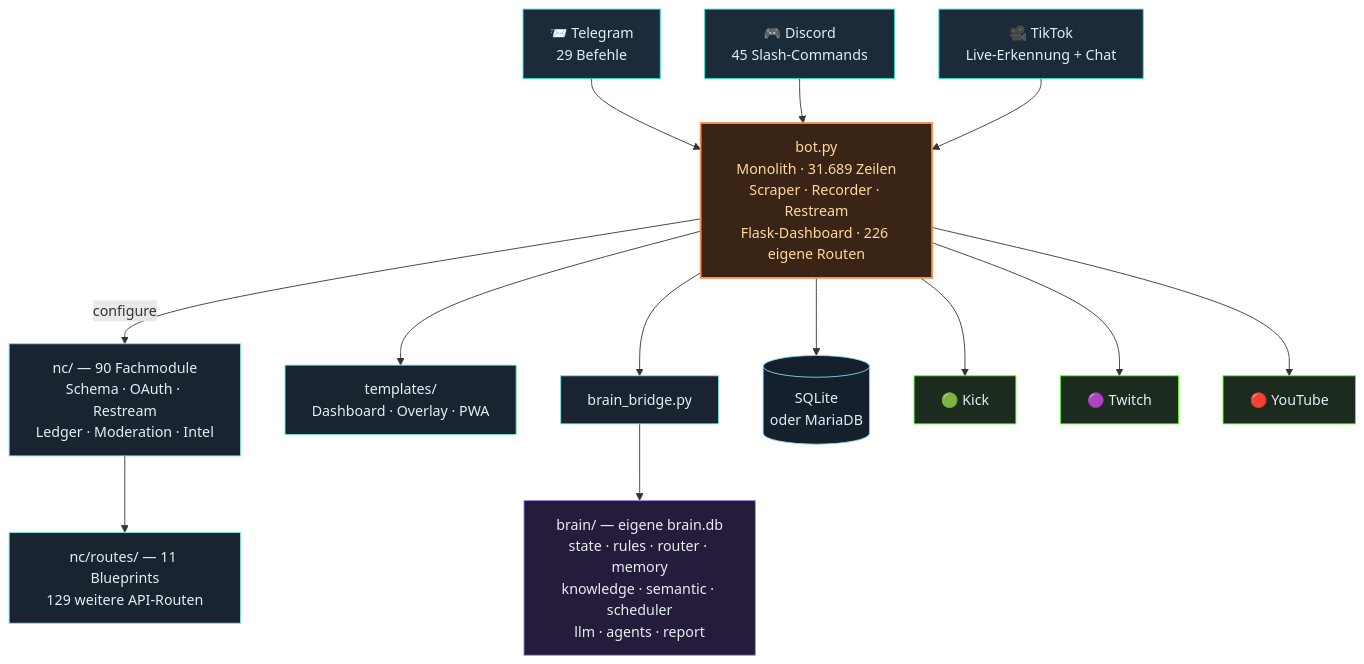
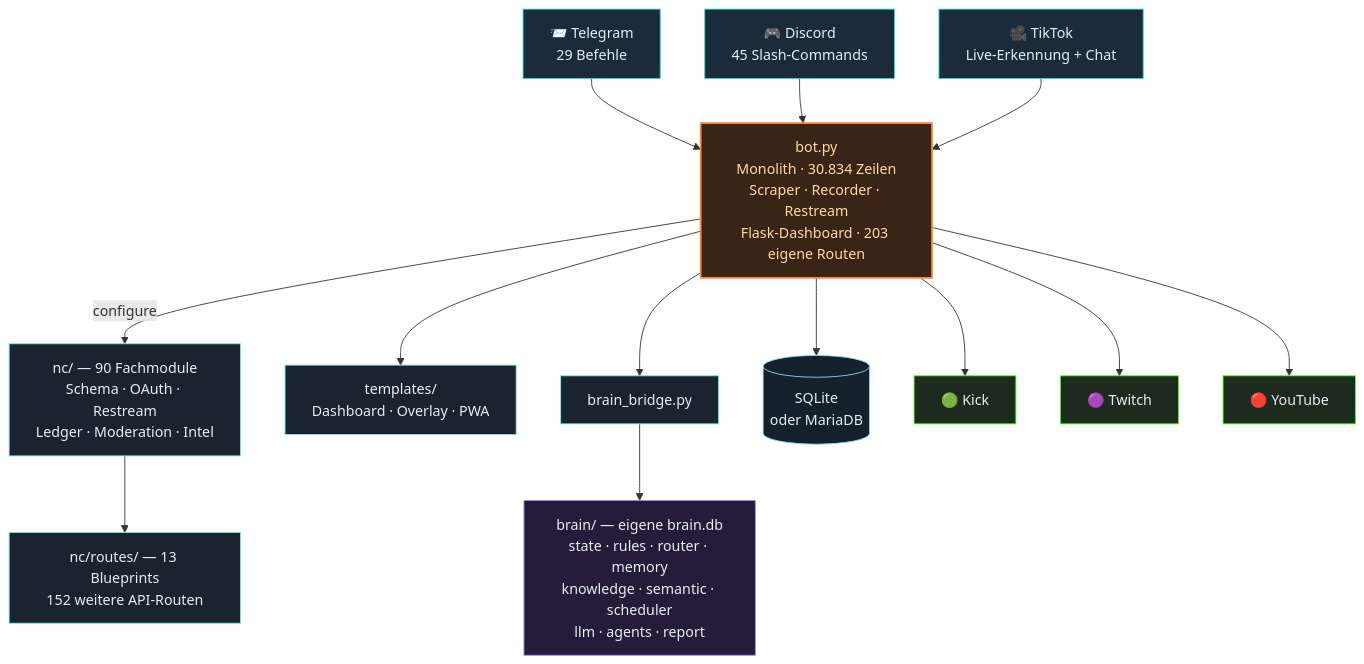
The third of 4 diagrams in README.md (itsamemedev/Telegram-Stream-Info-Bot), drawn with Mermaid before and after one commit. The commit also changed other lines of this file and 14 other files, not shown here.

````diff
--- a/README.md
+++ b/README.md
@@ -187,30 +187,30 @@
 ```mermaid
 flowchart TB
     TG["📨 Telegram<br/>29 Befehle"]:::ein
     DC["🎮 Discord<br/>45 Slash-Commands"]:::ein
     TT["🎥 TikTok<br/>Live-Erkennung + Chat"]:::ein
 
     TG --> BOT
     DC --> BOT
     TT --> BOT
 
-    BOT["bot.py<br/>Monolith · 31.689 Zeilen<br/>Scraper · Recorder · Restream<br/>Flask-Dashboard · 226 eigene Routen"]:::core
+    BOT["bot.py<br/>Monolith · 30.834 Zeilen<br/>Scraper · Recorder · Restream<br/>Flask-Dashboard · 203 eigene Routen"]:::core
 
     BOT -->|configure| NC["nc/ — 90 Fachmodule<br/>Schema · OAuth · Restream<br/>Ledger · Moderation · Intel"]:::lib
-    NC --> RT["nc/routes/ — 11 Blueprints<br/>129 weitere API-Routen"]:::lib
+    NC --> RT["nc/routes/ — 13 Blueprints<br/>152 weitere API-Routen"]:::lib
     BOT --> TPL["templates/<br/>Dashboard · Overlay · PWA"]:::lib
     BOT --> BR["brain_bridge.py"]:::lib
     BR --> BRAIN["brain/ — eigene brain.db<br/>state · rules · router · memory<br/>knowledge · semantic · scheduler<br/>llm · agents · report"]:::brain
     BOT --> DB[("SQLite<br/>oder MariaDB")]:::db
 
     BOT --> KICK["🟢 Kick"]:::out
     BOT --> TW["🟣 Twitch"]:::out
     BOT --> YT["🔴 YouTube"]:::out
 
     classDef ein fill:#1c2b3a,stroke:#2de1c2,color:#e6edf3
     classDef core fill:#3a2415,stroke:#ff8c42,stroke-width:2px,color:#ffd9a0
     classDef lib fill:#1a2430,stroke:#7fe7d4,color:#e6edf3
     classDef brain fill:#241c3a,stroke:#a78bfa,color:#e6edf3
     classDef db fill:#14202c,stroke:#8fd3f4,color:#e6edf3
     classDef out fill:#1c2b1e,stroke:#53fc18,color:#e6edf3
 ```
````
